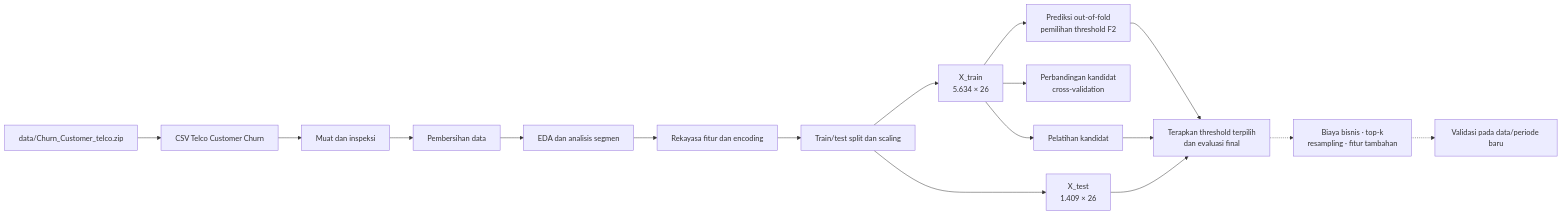
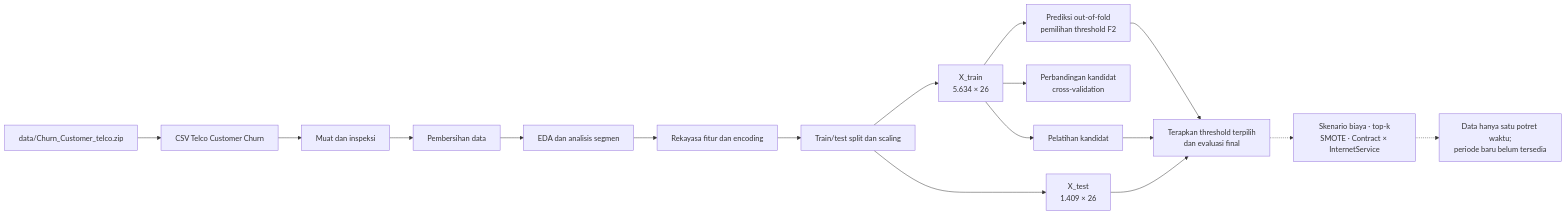
One commit to carlos1739/analisis_telco changed the second of 3 diagrams in README.md. Above: the diagram before and after it, drawn with Mermaid. The commit also changed other lines of this file and 1 other file, not shown here.

````diff
--- a/README.md
+++ b/README.md
@@ -155,19 +155,19 @@
 ```mermaid
 flowchart LR
     ZIP["data/Churn_Customer_telco.zip"] --> CSV["CSV Telco Customer Churn"]
     CSV --> LOAD["Muat dan inspeksi"]
     LOAD --> CLEAN["Pembersihan data"]
     CLEAN --> EDA["EDA dan analisis segmen"]
     EDA --> FEATURES["Rekayasa fitur dan encoding"]
     FEATURES --> SPLIT["Train/test split dan scaling"]
     SPLIT --> TRAIN["X_train<br/>5.634 × 26"]
     SPLIT --> TEST["X_test<br/>1.409 × 26"]
     TRAIN --> CV["Perbandingan kandidat<br/>cross-validation"]
     TRAIN --> OOF["Prediksi out-of-fold<br/>pemilihan threshold F2"]
     TRAIN --> FIT["Pelatihan kandidat"]
     OOF --> TESTEVAL["Terapkan threshold terpilih<br/>dan evaluasi final"]
     FIT --> TESTEVAL
     TEST --> TESTEVAL
-    TESTEVAL -.-> FUTURE["Biaya bisnis · top-k<br/>resampling · fitur tambahan"]
-    FUTURE -.-> NEWDATA["Validasi pada data/periode baru"]
+    TESTEVAL -.-> FUTURE["Skenario biaya · top-k<br/>SMOTE · Contract × InternetService"]
+    FUTURE -.-> NEWDATA["Data hanya satu potret waktu;<br/>periode baru belum tersedia"]
 ```
````
